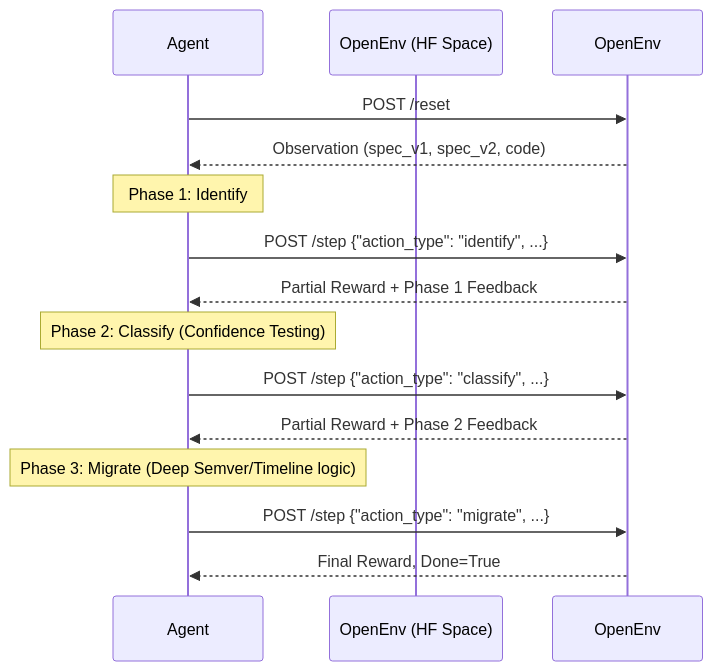
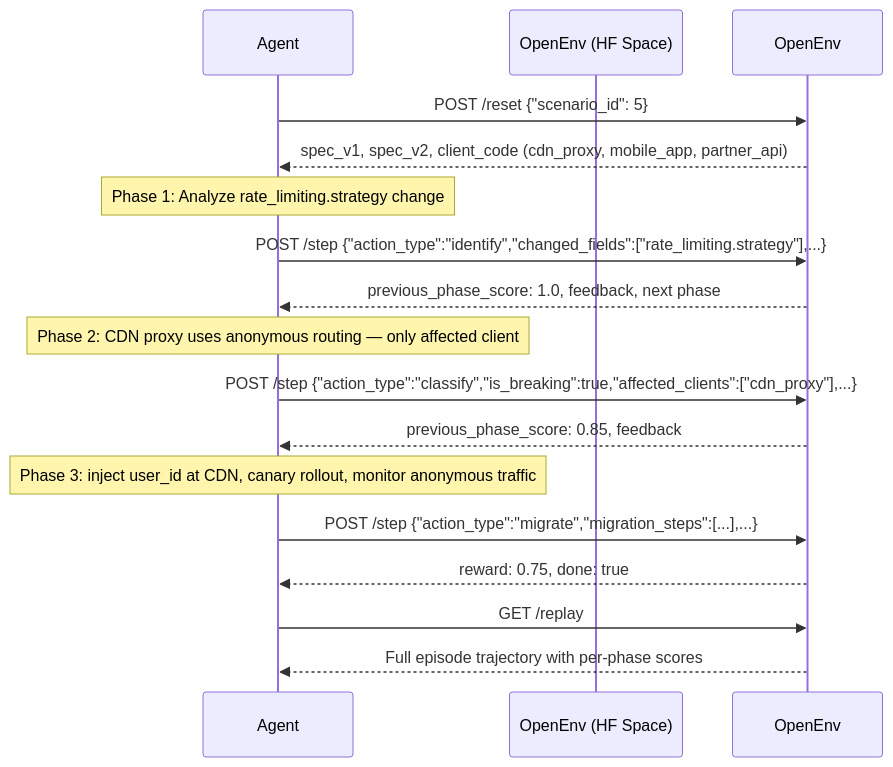
Before and after one commit to Rajasekar-2k7/api_contact_evaluation: the second of 2 diagrams in README.md, drawn with Mermaid. The commit also changed other lines of this file and 6 other files, not shown here.

````diff
--- a/README.md
+++ b/README.md
@@ -102,16 +183,18 @@
 ```mermaid
 sequenceDiagram
     participant Agent
     participant OpenEnv (HF Space)
-    Agent->>OpenEnv: POST /reset
-    OpenEnv-->>Agent: Observation (spec_v1, spec_v2, code)
-    Note over Agent: Phase 1: Identify
-    Agent->>OpenEnv: POST /step {"action_type": "identify", ...}
-    OpenEnv-->>Agent: Partial Reward + Phase 1 Feedback
-    Note over Agent: Phase 2: Classify (Confidence Testing)
-    Agent->>OpenEnv: POST /step {"action_type": "classify", ...}
-    OpenEnv-->>Agent: Partial Reward + Phase 2 Feedback
-    Note over Agent: Phase 3: Migrate (Deep Semver/Timeline logic)
-    Agent->>OpenEnv: POST /step {"action_type": "migrate", ...}
-    OpenEnv-->>Agent: Final Reward, Done=True
+    Agent->>OpenEnv: POST /reset {"scenario_id": 5}
+    OpenEnv-->>Agent: spec_v1, spec_v2, client_code (cdn_proxy, mobile_app, partner_api)
+    Note over Agent: Phase 1: Analyze rate_limiting.strategy change
+    Agent->>OpenEnv: POST /step {"action_type":"identify","changed_fields":["rate_limiting.strategy"],...}
+    OpenEnv-->>Agent: previous_phase_score: 1.0, feedback, next phase
+    Note over Agent: Phase 2: CDN proxy uses anonymous routing — only affected client
+    Agent->>OpenEnv: POST /step {"action_type":"classify","is_breaking":true,"affected_clients":["cdn_proxy"],...}
+    OpenEnv-->>Agent: previous_phase_score: 0.85, feedback
+    Note over Agent: Phase 3: inject user_id at CDN, canary rollout, monitor anonymous traffic
+    Agent->>OpenEnv: POST /step {"action_type":"migrate","migration_steps":[...],...}
+    OpenEnv-->>Agent: reward: 0.75, done: true
+    Agent->>OpenEnv: GET /replay
+    OpenEnv-->>Agent: Full episode trajectory with per-phase scores
 ```
````
